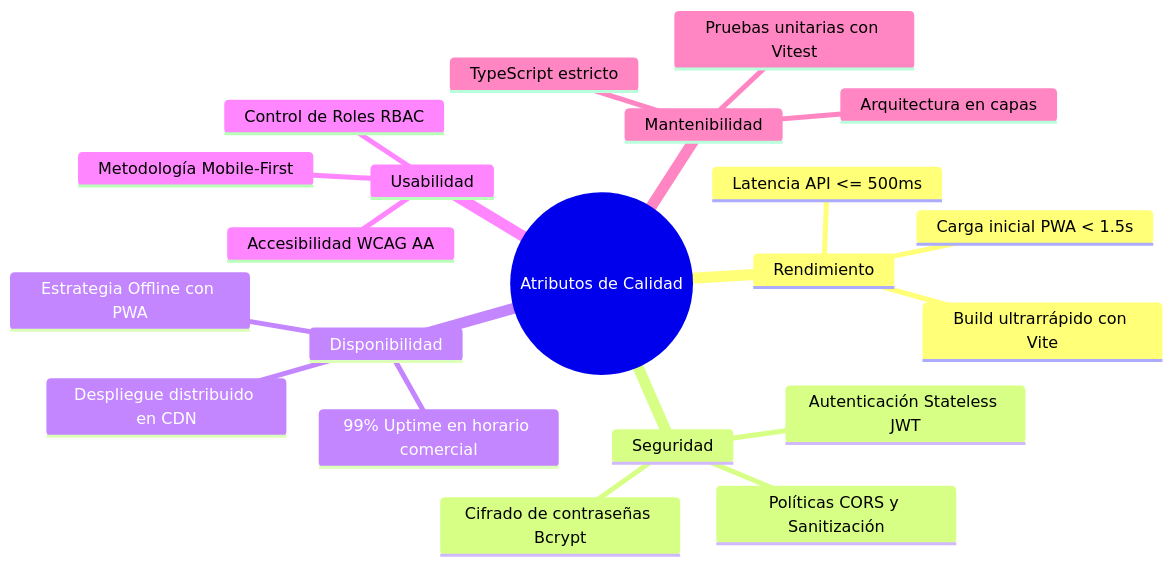
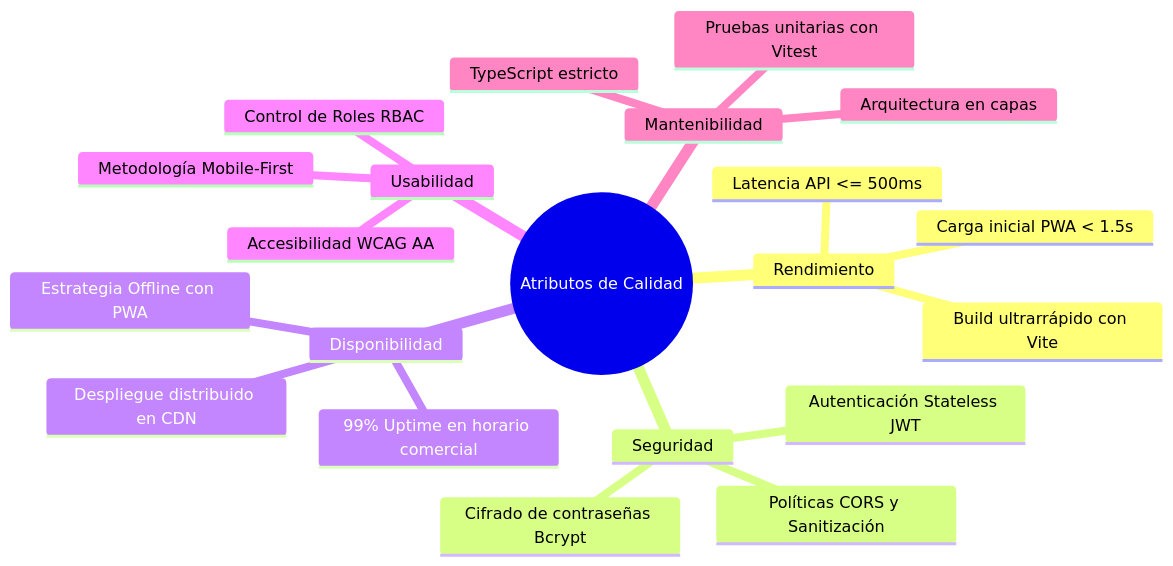
One commit to Leofit-Solutions-Grupo01/leofit-pedidos-sistema changed the first of 7 diagrams in docs/07_Arquitectura_Sistema.md. Above: the diagram before and after it, drawn with Mermaid. The commit also changed other lines of this file and 23 other files, not shown here.

````diff
--- a/docs/07_Arquitectura_Sistema.md
+++ b/docs/07_Arquitectura_Sistema.md
@@ -52,24 +52,24 @@
 ```mermaid
 mindmap
-  root((Atributos de Calidad))
-    Rendimiento
-      Latencia API <= 500ms
-      Carga inicial PWA < 1.5s
-      Build ultrarrápido con Vite
-    Seguridad
-      Cifrado de contraseñas Bcrypt
-      Autenticación Stateless JWT
-      Políticas CORS y Sanitización
-    Disponibilidad
-      99% Uptime en horario comercial
-      Despliegue distribuido en CDN
-      Estrategia Offline con PWA
-    Usabilidad
-      Metodología Mobile-First
-      Accesibilidad WCAG AA
-      Control de Roles RBAC
-    Mantenibilidad
-      TypeScript estricto
-      Pruebas unitarias con Vitest
-      Arquitectura en capas
+ root((Atributos de Calidad))
+  Rendimiento
+   Latencia API <= 500ms
+   Carga inicial PWA < 1.5s
+   Build ultrarrápido con Vite
+  Seguridad
+   Cifrado de contraseñas Bcrypt
+   Autenticación Stateless JWT
+   Políticas CORS y Sanitización
+  Disponibilidad
+   99% Uptime en horario comercial
+   Despliegue distribuido en CDN
+   Estrategia Offline con PWA
+  Usabilidad
+   Metodología Mobile-First
+   Accesibilidad WCAG AA
+   Control de Roles RBAC
+  Mantenibilidad
+   TypeScript estricto
+   Pruebas unitarias con Vitest
+   Arquitectura en capas
 ```
````
